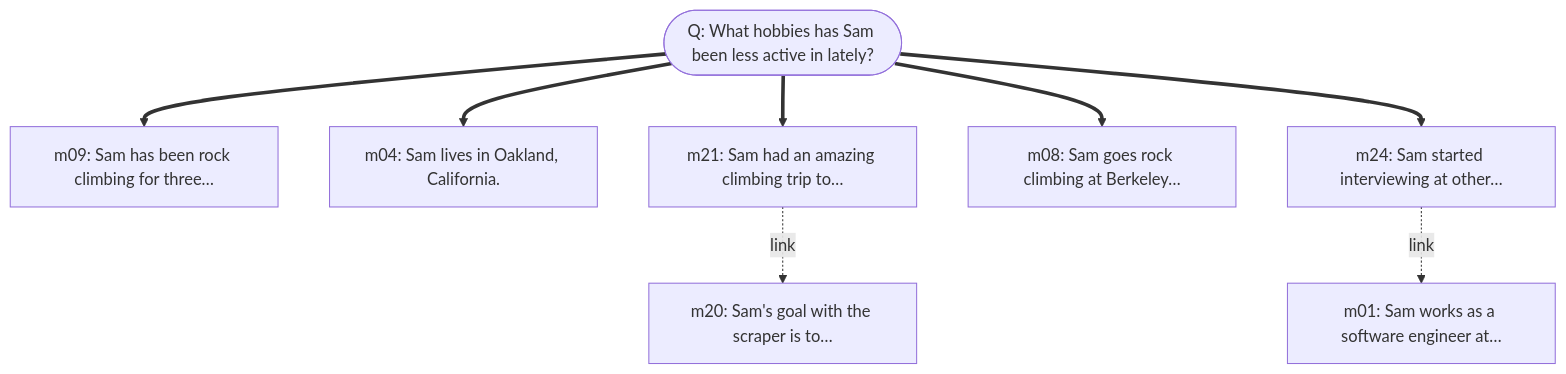
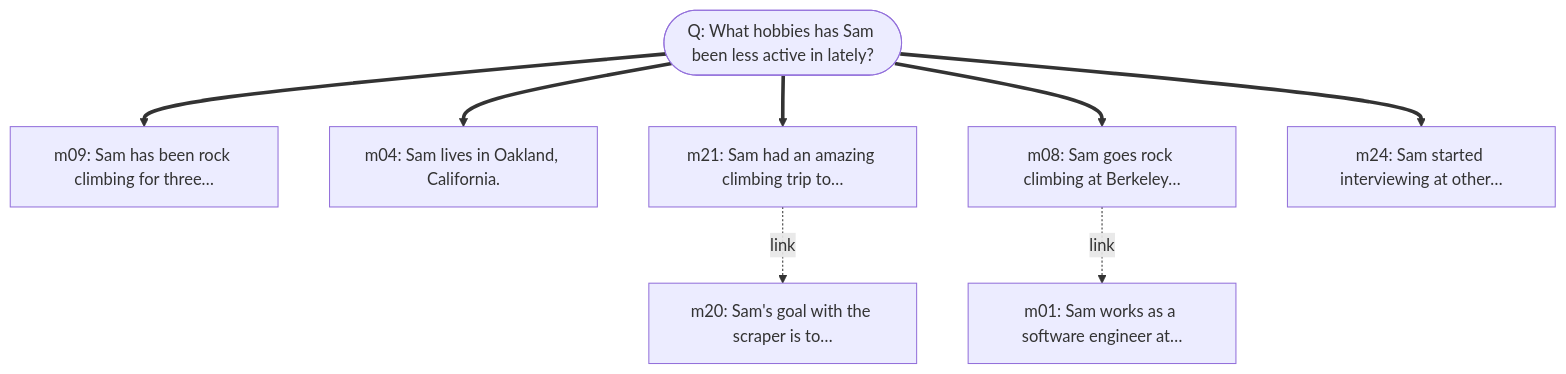
Before and after one commit to pandazxx/a-mem-reproduction: diagram 13 of 22 in results/comparison/amem/traces.md, drawn with Mermaid. The commit also changed other lines of this file and 64 other files, not shown here.

````diff
--- a/results/comparison/amem/traces.md
+++ b/results/comparison/amem/traces.md
@@ -339,18 +335,18 @@
 ```mermaid
 graph TD
     Q(["Q: What hobbies has Sam been less active in lately?"])
     m09["m09: Sam has been rock climbing for three…"]
     Q ==> m09
     m04["m04: Sam lives in Oakland, California."]
     Q ==> m04
     m21["m21: Sam had an amazing climbing trip to…"]
     Q ==> m21
     m08["m08: Sam goes rock climbing at Berkeley…"]
     Q ==> m08
     m24["m24: Sam started interviewing at other…"]
     Q ==> m24
     m20["m20: Sam's goal with the scraper is to…"]
     m21 -.->|link| m20
     m01["m01: Sam works as a software engineer at…"]
-    m24 -.->|link| m01
+    m08 -.->|link| m01
 ```
````
